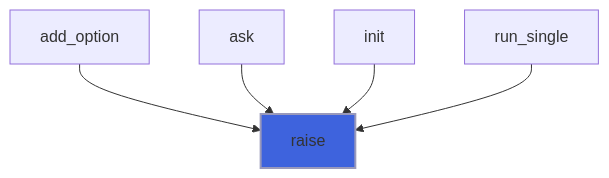
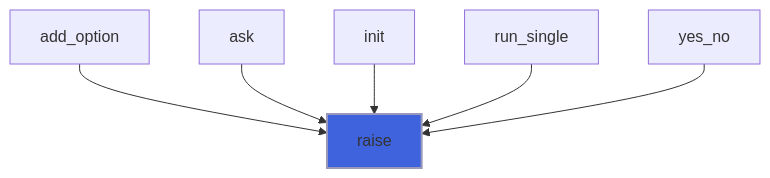
Before and after one commit to szaghi/FLAP: diagram 13 of 14 in docs/api/src/lib/flap_menu_t.md, drawn with Mermaid. The commit also changed other lines of this file and 6 other files, not shown here.

````diff
--- a/docs/api/src/lib/flap_menu_t.md
+++ b/docs/api/src/lib/flap_menu_t.md
@@ -412,8 +478,9 @@
 ```mermaid
 flowchart TD
   add_option["add_option"] --> raise["raise"]
   ask["ask"] --> raise["raise"]
   init["init"] --> raise["raise"]
   run_single["run_single"] --> raise["raise"]
+  yes_no["yes_no"] --> raise["raise"]
   style raise fill:#3e63dd,stroke:#99b,stroke-width:2px
 ```
````
